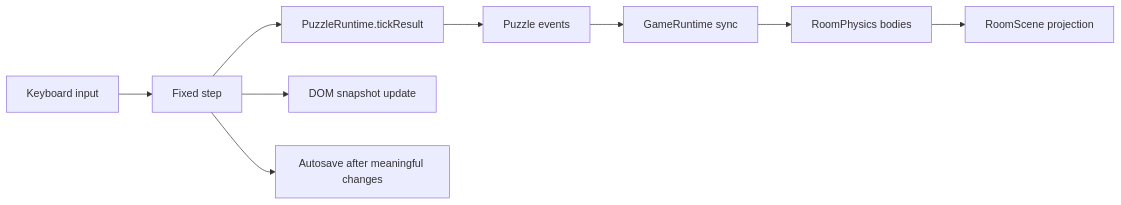
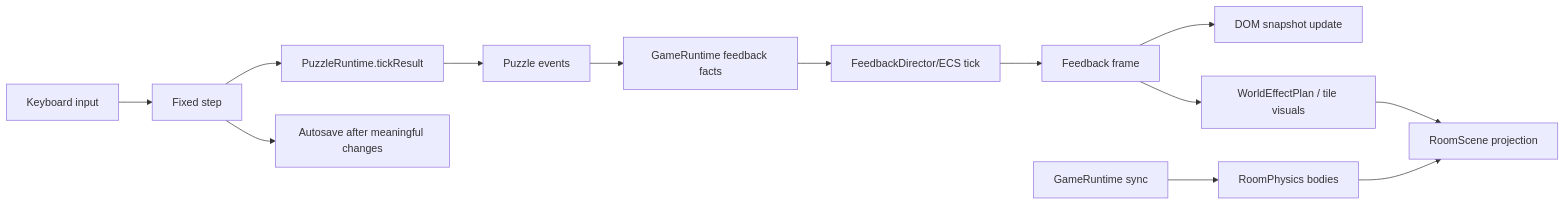
The diagram in docs/puzzle-engine/contracts/concurrency-topology.md (Snorre98/shrinkonauts), drawn with Mermaid before and after one commit. The commit also changed other lines of this file and 200 other files, not shown here.

````diff
--- a/docs/puzzle-engine/contracts/concurrency-topology.md
+++ b/docs/puzzle-engine/contracts/concurrency-topology.md
@@ -8,11 +10,15 @@
 ```mermaid
 flowchart LR
     Input[Keyboard input] --> Step[Fixed step]
     Step --> Puzzle[PuzzleRuntime.tickResult]
     Puzzle --> Events[Puzzle events]
-    Events --> Sync[GameRuntime sync]
-    Sync --> Physics[RoomPhysics bodies]
+    Events --> Facts[GameRuntime feedback facts]
+    Facts --> Feedback[FeedbackDirector/ECS tick]
+    Feedback --> Frame[Feedback frame]
+    Frame --> UI[DOM snapshot update]
+    Frame --> Effects[WorldEffectPlan / tile visuals]
+    Sync[GameRuntime sync] --> Physics[RoomPhysics bodies]
     Physics --> Scene[RoomScene projection]
-    Step --> UI[DOM snapshot update]
+    Effects --> Scene
     Step --> Save[Autosave after meaningful changes]
 ```
````
